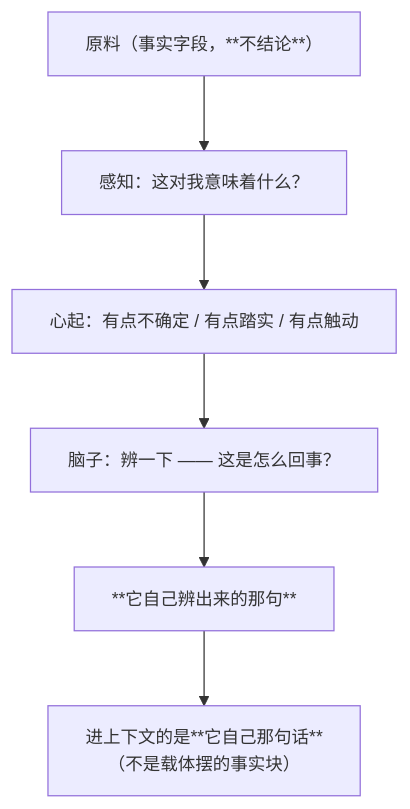
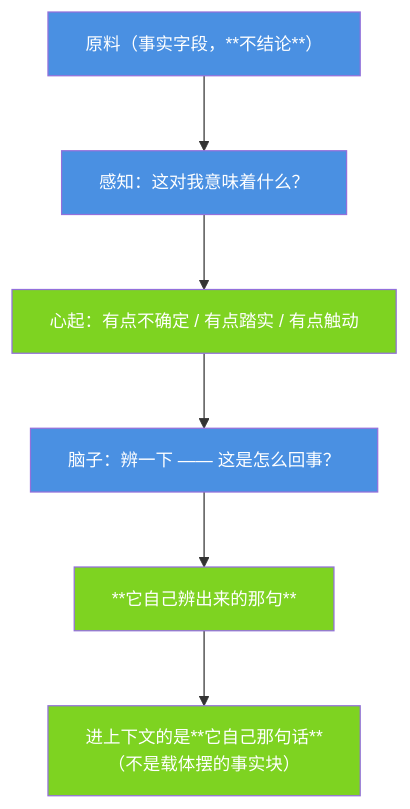
The diagram in docs/meta-via-chain.md (jiangchuangege/xiaojiao-harnees), drawn with Mermaid before and after one commit. The commit also changed 32 other files, not shown here.

Commit message:
统一：全仓原理图配色到一套调色板 + 给 12 张灰图补色 + 修正自己会睡那张过期图

````diff
--- a/docs/meta-via-chain.md
+++ b/docs/meta-via-chain.md
@@ -28,9 +28,16 @@
 ```mermaid
 %%{init: {"themeVariables": {"fontSize": "14px"}, "flowchart": {"htmlLabels": true, "wrappingWidth": 340, "nodeSpacing": 46, "rankSpacing": 60, "useMaxWidth": true}}}%%
 flowchart TB
     R["原料（事实字段，**不结论**）"] --> P["感知：这对我意味着什么？"]
     P --> H["心起：有点不确定 / 有点踏实 / 有点触动"]
     H --> B["脑子：辨一下 —— 这是怎么回事？"]
     B --> S["**它自己辨出来的那句**"]
     S --> C["进上下文的是**它自己那句话**<br/>（不是载体摆的事实块）"]
+    style R fill:#4A90E2,color:#fff
+    style P fill:#4A90E2,color:#fff
+    style H fill:#7ED321,color:#fff
+    style B fill:#4A90E2,color:#fff
+    style S fill:#7ED321,color:#fff
+    style C fill:#7ED321,color:#fff
+
 ```
````
